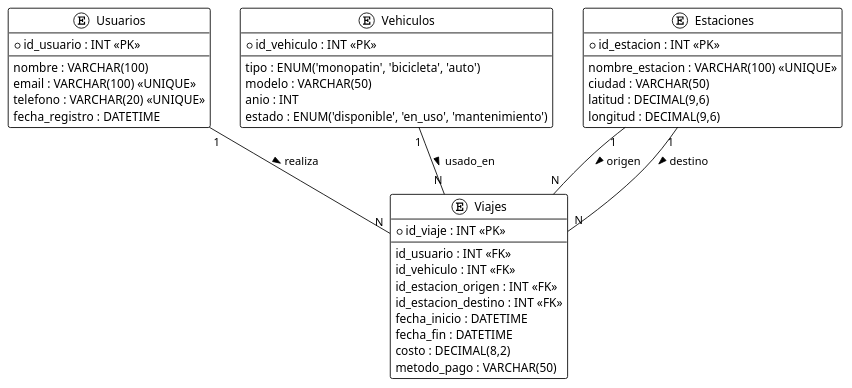
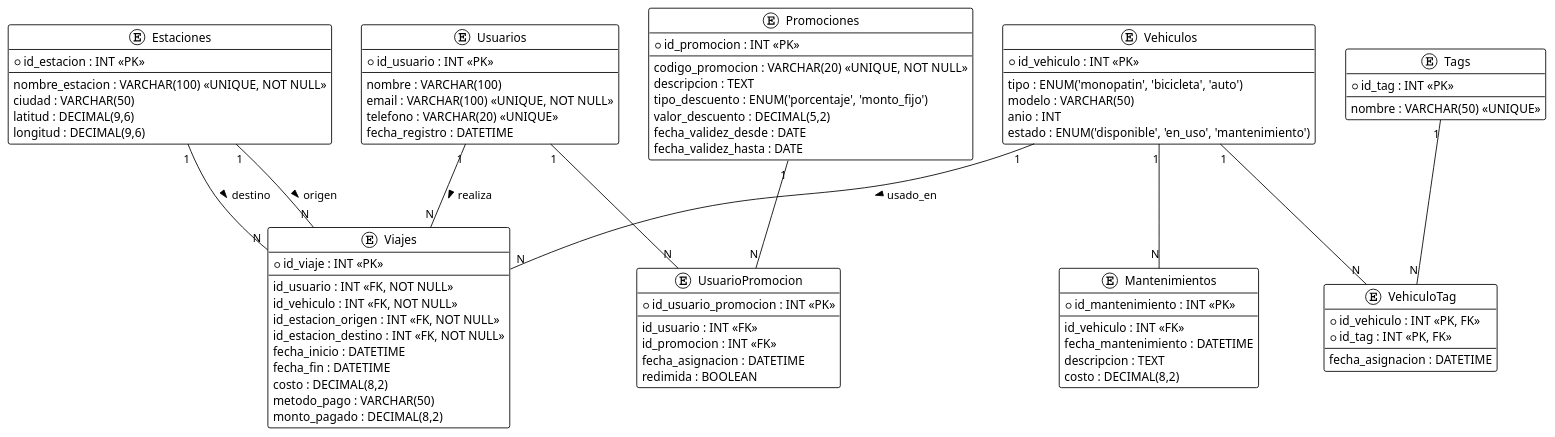
Before and after one commit to defrancisco/Desarrollo_2025_2C: the diagram in Ing de Datos 2/UrbanGO/DER.puml, drawn with PlantUML. The commit also changed 1 other file, not shown here.

```diff
--- a/Ing de Datos 2/UrbanGO/DER.puml
+++ b/Ing de Datos 2/UrbanGO/DER.puml
@@ -1,50 +1,101 @@
 @startuml
 !theme plain
 
 entity Usuarios {
   * id_usuario : INT <<PK>>
   --
   nombre : VARCHAR(100)
-  email : VARCHAR(100) <<UNIQUE>>
+  email : VARCHAR(100) <<UNIQUE, NOT NULL>>
   telefono : VARCHAR(20) <<UNIQUE>>
   fecha_registro : DATETIME
 }
 
 entity Vehiculos {
   * id_vehiculo : INT <<PK>>
   --
   tipo : ENUM('monopatin', 'bicicleta', 'auto')
   modelo : VARCHAR(50)
   anio : INT
   estado : ENUM('disponible', 'en_uso', 'mantenimiento')
 }
 
 entity Estaciones {
   * id_estacion : INT <<PK>>
   --
-  nombre_estacion : VARCHAR(100) <<UNIQUE>>
+  nombre_estacion : VARCHAR(100) <<UNIQUE, NOT NULL>>
   ciudad : VARCHAR(50)
   latitud : DECIMAL(9,6)
   longitud : DECIMAL(9,6)
 }
 
 entity Viajes {
   * id_viaje : INT <<PK>>
   --
-  id_usuario : INT <<FK>>
-  id_vehiculo : INT <<FK>>
-  id_estacion_origen : INT <<FK>>
-  id_estacion_destino : INT <<FK>>
+  id_usuario : INT <<FK, NOT NULL>>
+  id_vehiculo : INT <<FK, NOT NULL>>
+  id_estacion_origen : INT <<FK, NOT NULL>>
+  id_estacion_destino : INT <<FK, NOT NULL>>
   fecha_inicio : DATETIME
   fecha_fin : DATETIME
   costo : DECIMAL(8,2)
   metodo_pago : VARCHAR(50)
+  monto_pagado : DECIMAL(8,2)
+}
+
+entity Promociones {
+  * id_promocion : INT <<PK>>
+  --
+  codigo_promocion : VARCHAR(20) <<UNIQUE, NOT NULL>>
+  descripcion : TEXT
+  tipo_descuento : ENUM('porcentaje', 'monto_fijo')
+  valor_descuento : DECIMAL(5,2)
+  fecha_validez_desde : DATE
+  fecha_validez_hasta : DATE
+}
+
+entity UsuarioPromocion {
+  * id_usuario_promocion : INT <<PK>>
+  --
+  id_usuario : INT <<FK>>
+  id_promocion : INT <<FK>>
+  fecha_asignacion : DATETIME
+  redimida : BOOLEAN
+}
+
+entity Tags {
+  * id_tag : INT <<PK>>
+  --
+  nombre : VARCHAR(50) <<UNIQUE>>
+}
+
+entity VehiculoTag {
+  * id_vehiculo : INT <<PK, FK>>
+  * id_tag : INT <<PK, FK>>
+  --
+  fecha_asignacion : DATETIME
+}
+
+entity Mantenimientos {
+  * id_mantenimiento : INT <<PK>>
+  --
+  id_vehiculo : INT <<FK>>
+  fecha_mantenimiento : DATETIME
+  descripcion : TEXT
+  costo : DECIMAL(8,2)
 }
 
 Usuarios "1" -- "N" Viajes : realiza >
 Vehiculos "1" -- "N" Viajes : usado_en >
 
 Estaciones "1" -- "N" Viajes : origen >
 Estaciones "1" -- "N" Viajes : destino >
 
+Usuarios "1" -- "N" UsuarioPromocion
+Promociones "1" -- "N" UsuarioPromocion
+
+Vehiculos "1" -- "N" Mantenimientos
+
+' Relación de muchos a muchos entre Vehiculos y Tags
+Vehiculos "1" -- "N" VehiculoTag
+Tags "1" -- "N" VehiculoTag
 @enduml
```
